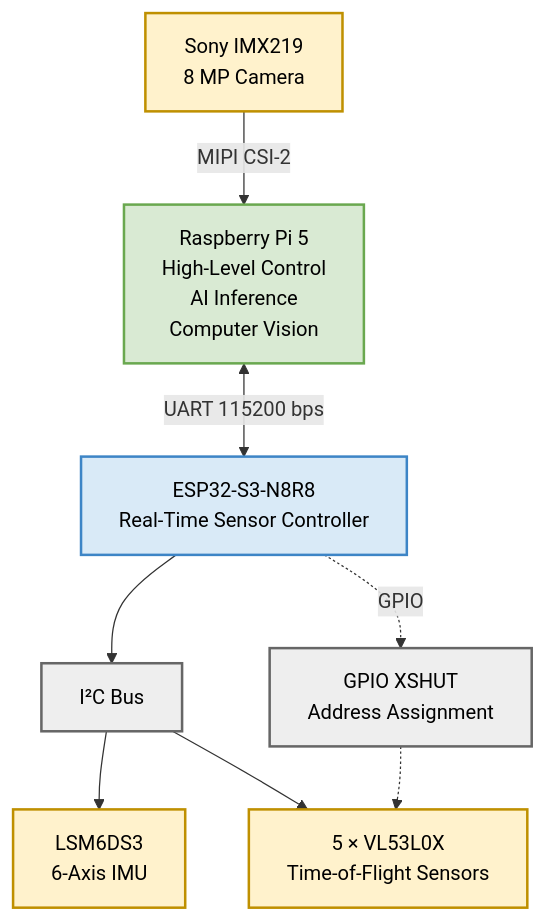
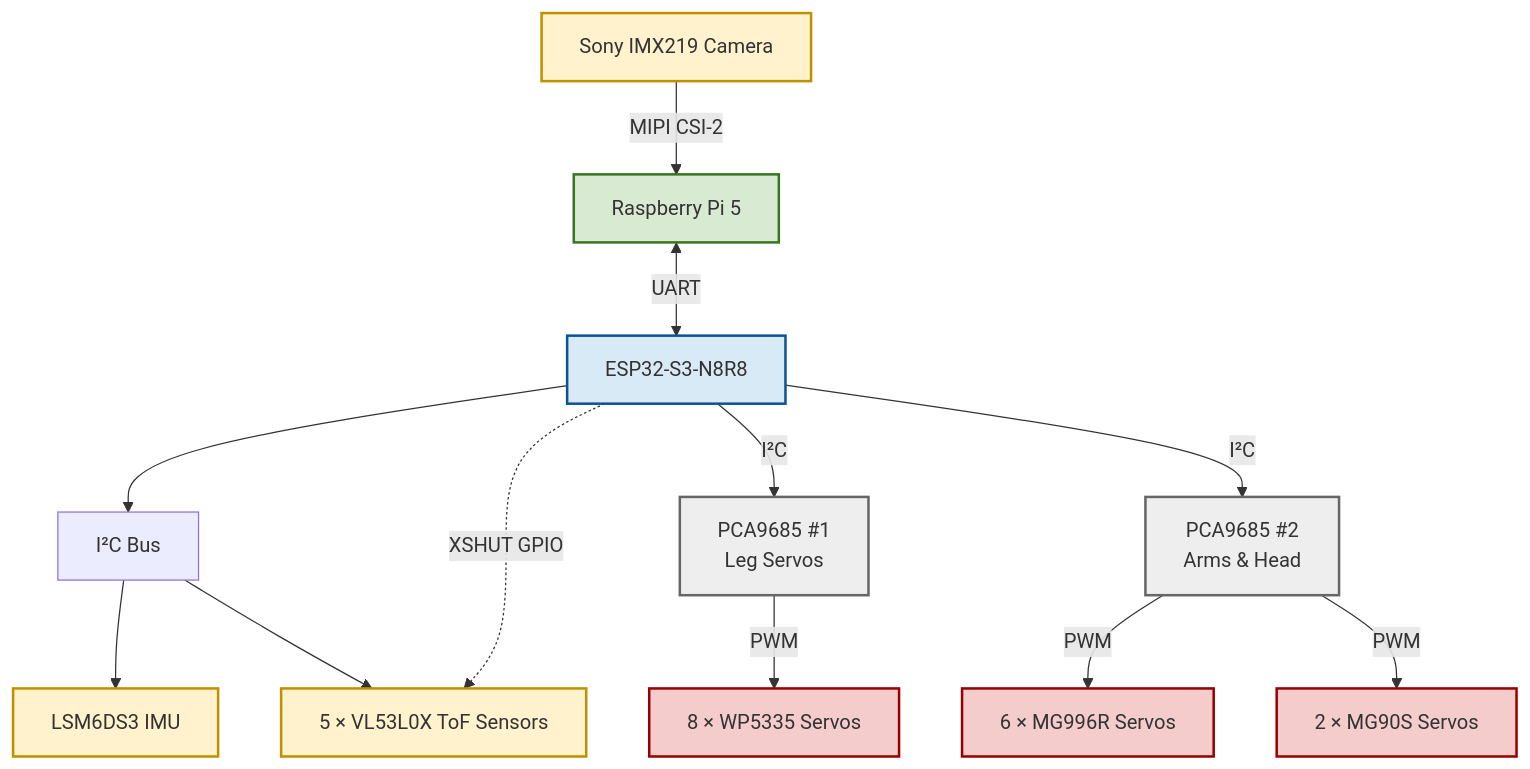
The diagram in schemes/Sensors - Main Body/Readme.md (thkaratsis/Mitsos----An-Open-Source-AI-Humanoid-Robot), drawn with Mermaid before and after one commit.

````diff
--- a/schemes/Sensors - Main Body/Readme.md
+++ b/schemes/Sensors - Main Body/Readme.md
@@ -8,55 +8,91 @@
 ```mermaid
 flowchart TB
 
-    %% =========================
-    %% Main Processing
-    %% =========================
+%% =====================================================
+%% PROCESSING
+%% =====================================================
 
-    PI[" Raspberry Pi 5<br/>High-Level Control<br/>AI Inference<br/>Computer Vision"]
+    PI["Raspberry Pi 5"]
+    ESP["ESP32-S3-N8R8"]
 
-    ESP[" ESP32-S3-N8R8<br/>Real-Time Sensor Controller"]
+    PI <-->|UART| ESP
 
-    CAM[" Sony IMX219<br/>8 MP Camera"]
+%% =====================================================
+%% CAMERA
+%% =====================================================
 
-    %% =========================
-    %% Sensor Bus
-    %% =========================
+    CAM["Sony IMX219 Camera"]
+
+    CAM -->|MIPI CSI-2| PI
+
+%% =====================================================
+%% SENSOR BUS
+%% =====================================================
 
     I2C["I²C Bus"]
 
-    IMU[" LSM6DS3<br/>6-Axis IMU"]
+    ESP --> I2C
 
-    TOF[" 5 × VL53L0X<br/>Time-of-Flight Sensors"]
+    IMU["LSM6DS3 IMU"]
 
-    XSHUT["GPIO XSHUT<br/>Address Assignment"]
-
-    %% =========================
-    %% Connections
-    %% =========================
-
-    CAM -- "MIPI CSI-2" --> PI
-
-    PI <-->|"UART 115200 bps"| ESP
-
-    ESP --> I2C
+    TOF["5 × VL53L0X ToF Sensors"]
 
     I2C --> IMU
     I2C --> TOF
 
-    ESP -. "GPIO" .-> XSHUT
-    XSHUT -.-> TOF
+    ESP -. XSHUT GPIO .-> TOF
 
-    %% =========================
-    %% Colors
-    %% =========================
+%% =====================================================
+%% SERVO BUS
+%% =====================================================
 
-    classDef pi fill:#d9ead3,stroke:#6aa84f,stroke-width:2px,color:#000;
-    classDef esp fill:#d9eaf7,stroke:#3d85c6,stroke-width:2px,color:#000;
-    classDef sensor fill:#fff2cc,stroke:#bf9000,stroke-width:2px,color:#000;
-    classDef bus fill:#eeeeee,stroke:#666666,stroke-width:2px,color:#000;
+    PCA1["PCA9685 #1<br/>Leg Servos"]
 
-    class PI pi
-    class ESP esp
-    class CAM,IMU,TOF sensor
-    class I2C,XSHUT bus
+    PCA2["PCA9685 #2<br/>Arms & Head"]
+
+    ESP -->|I²C| PCA1
+    ESP -->|I²C| PCA2
+
+%% =====================================================
+%% LEG SERVOS
+%% =====================================================
+
+    WP["8 × WP5335 Servos"]
+
+    PCA1 -->|PWM| WP
+
+%% =====================================================
+%% ARM SERVOS
+%% =====================================================
+
+    MG996["6 × MG996R Servos"]
+
+    PCA2 -->|PWM| MG996
+
+%% =====================================================
+%% HEAD SERVOS
+%% =====================================================
+
+    MG90["2 × MG90S Servos"]
+
+    PCA2 -->|PWM| MG90
+
+%% =====================================================
+%% COLORS
+%% =====================================================
+
+classDef processor fill:#d9ead3,stroke:#38761d,stroke-width:2px;
+classDef controller fill:#d9eaf7,stroke:#0b5394,stroke-width:2px;
+classDef sensor fill:#fff2cc,stroke:#bf9000,stroke-width:2px;
+classDef servo fill:#f4cccc,stroke:#990000,stroke-width:2px;
+classDef bus fill:#eeeeee,stroke:#666666,stroke-width:2px;
+
+class PI processor
+class ESP controller
+
+class CAM,IMU,TOF sensor
+
+class PCA1,PCA2 bus
+
+class WP,MG996,MG90 servo
 ```
````
